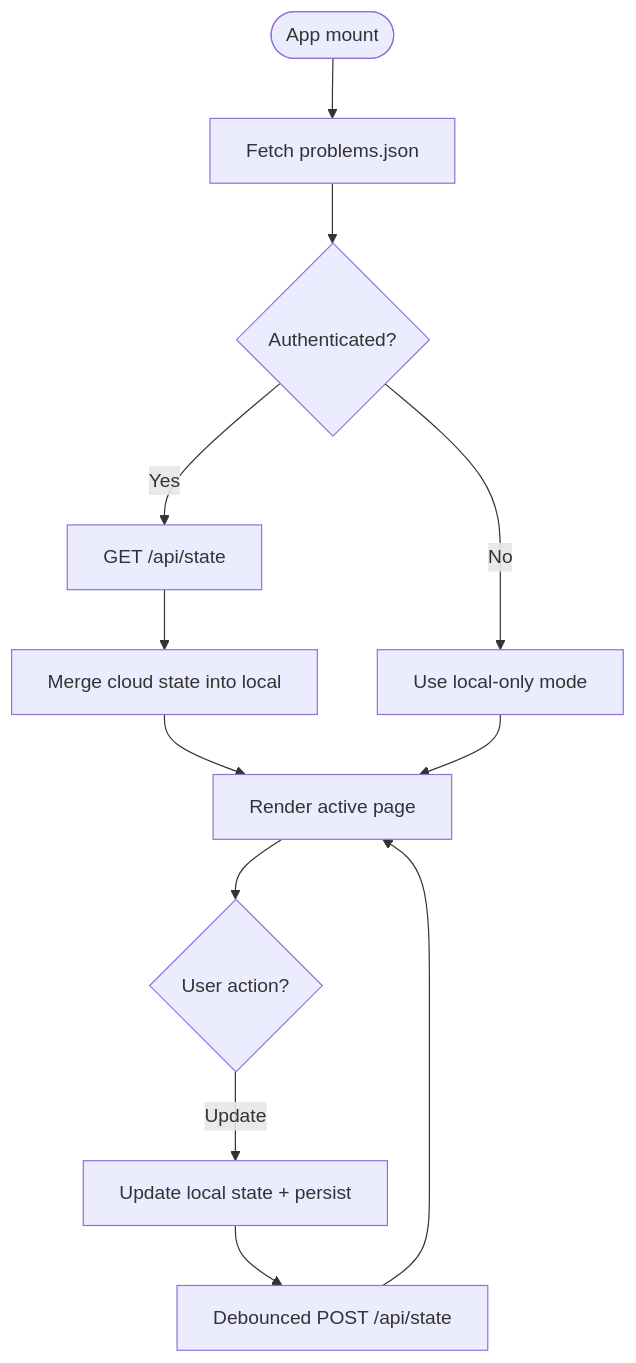
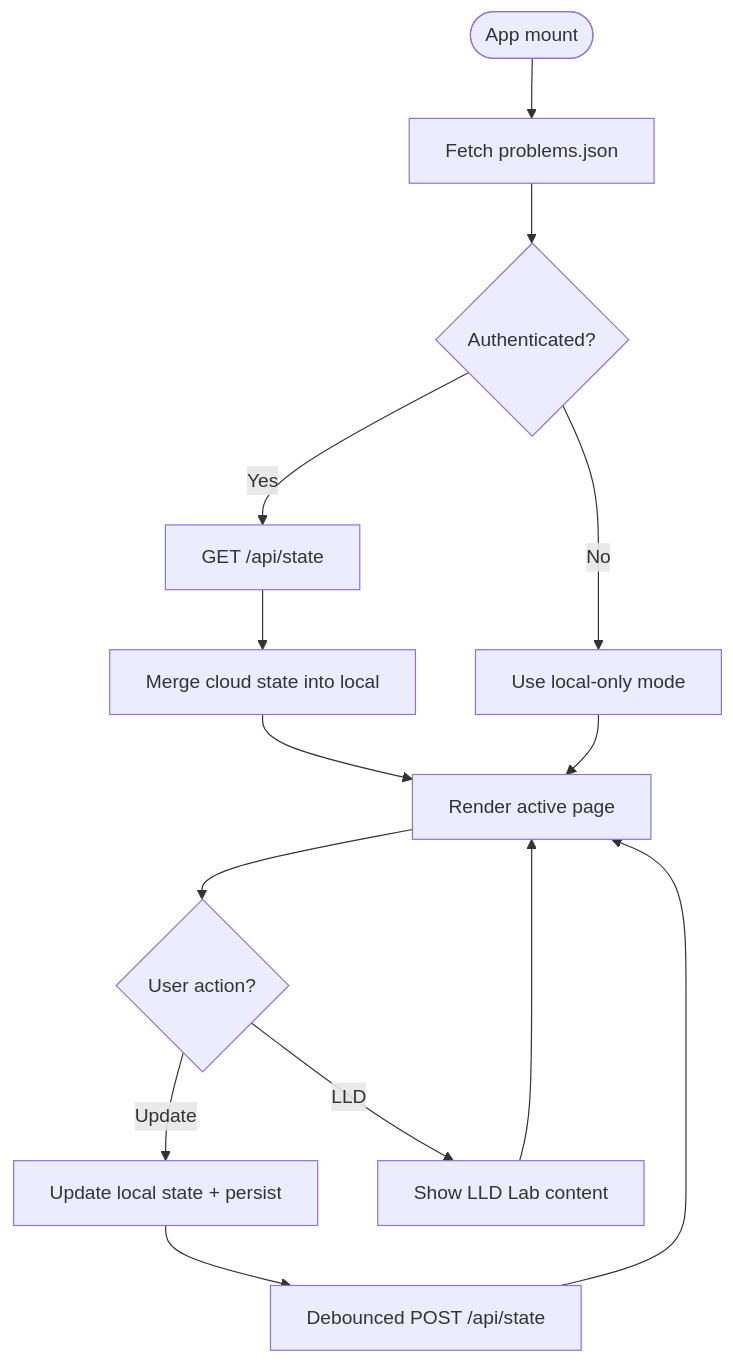
Before and after one commit to iamrituraj/DSA-Tracker: the third of 7 diagrams in .qoder/repowiki/en/content/Frontend Application/Application Architecture.md, drawn with Mermaid. The commit also changed other lines of this file and 15 other files, not shown here.

First line of the commit message:
Upgrade LLD Lab to SDE-2 depth with UML and playground sims

````diff
--- a/.qoder/repowiki/en/content/Frontend Application/Application Architecture.md
+++ b/.qoder/repowiki/en/content/Frontend Application/Application Architecture.md
@@ -135,14 +155,16 @@
 ```mermaid
 flowchart TD
 Start([App mount]) --> LoadProblems["Fetch problems.json"]
 LoadProblems --> CheckAuth{"Authenticated?"}
 CheckAuth --> |Yes| LoadCloud["GET /api/state"]
 CheckAuth --> |No| LocalOnly["Use local-only mode"]
 LoadCloud --> MergeState["Merge cloud state into local"]
 MergeState --> Render["Render active page"]
 LocalOnly --> Render
 Render --> UserAction{"User action?"}
 UserAction --> |Update| UpdateLocal["Update local state + persist"]
+UserAction --> |LLD| ShowLLD["Show LLD Lab content"]
 UpdateLocal --> DebounceSave["Debounced POST /api/state"]
 DebounceSave --> Render
+ShowLLD --> Render
 ```
````
